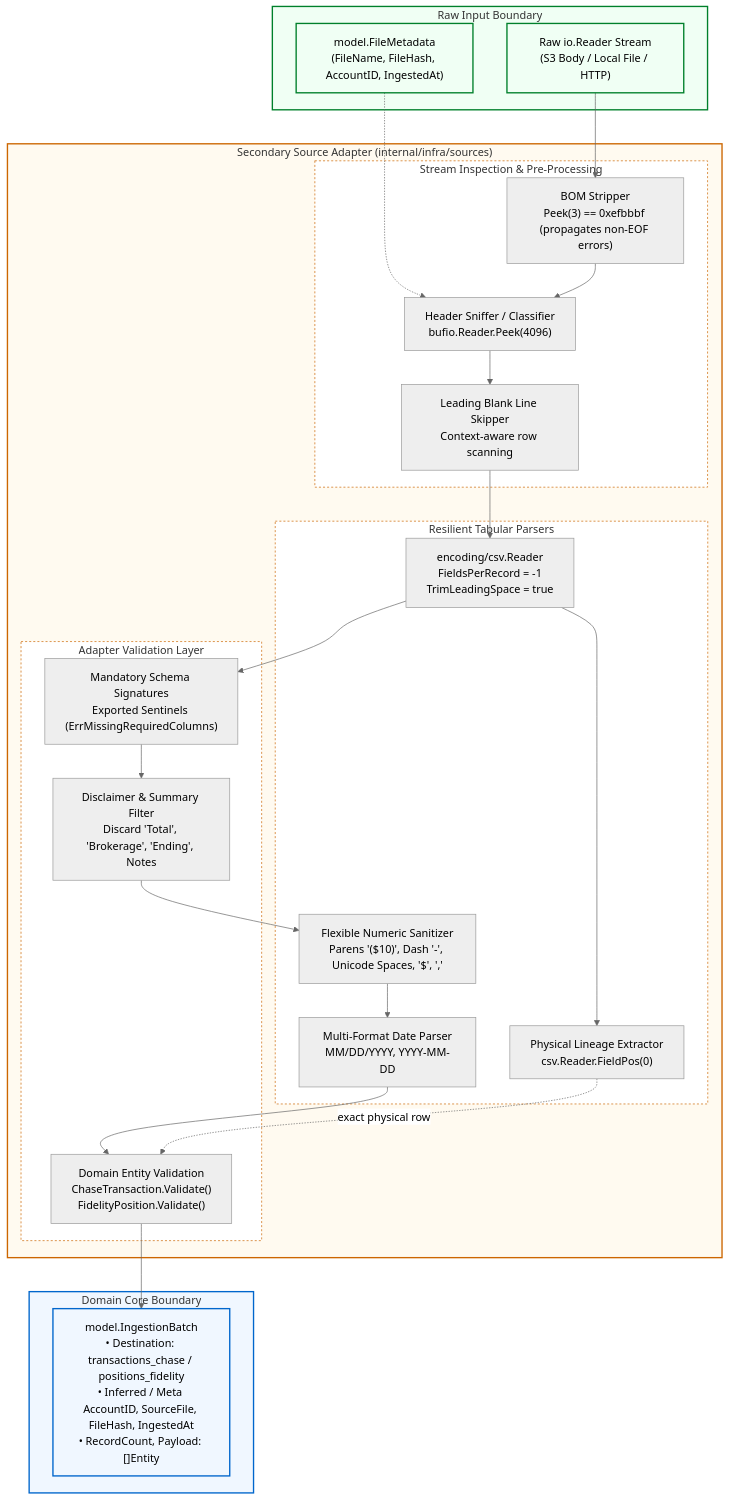
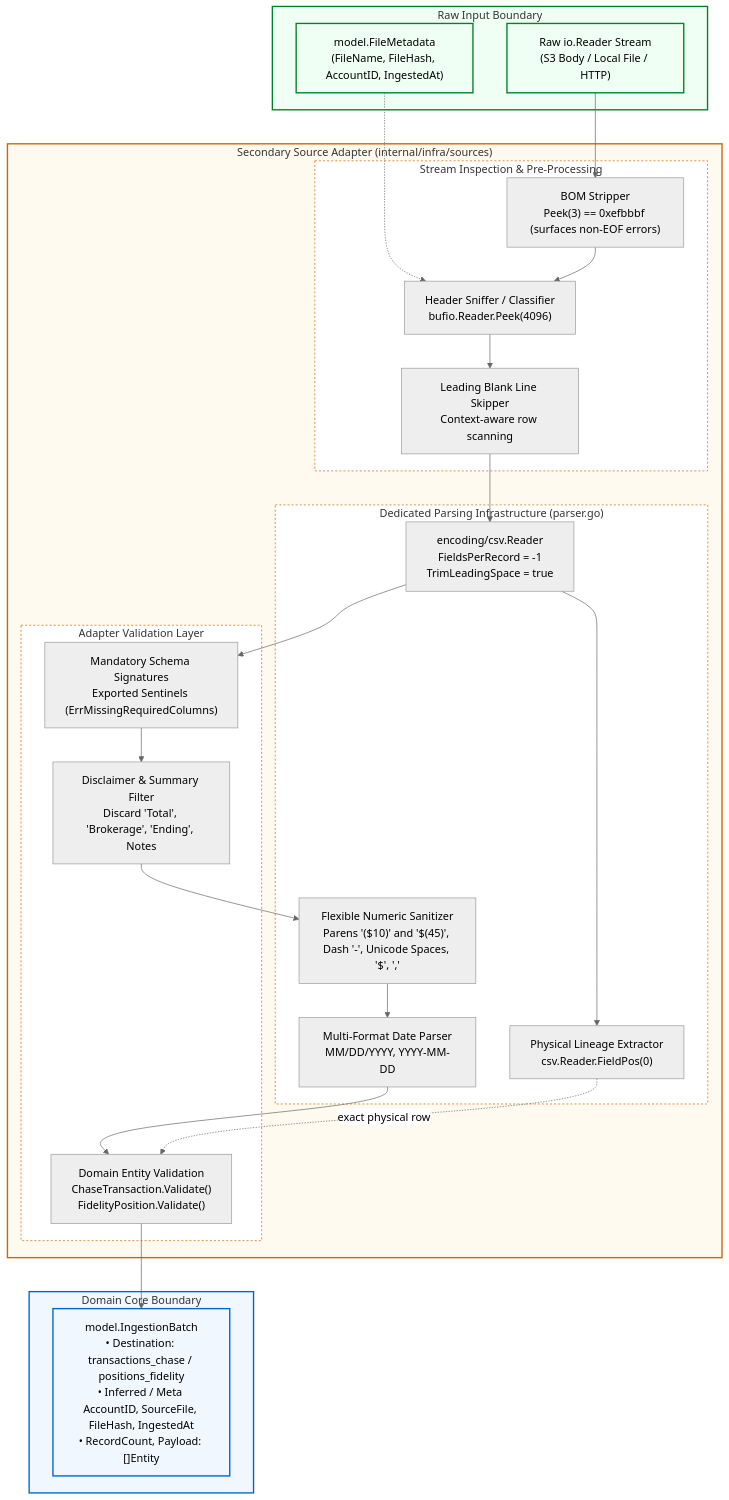
Before and after one commit to ajponte/babylon_data_loader: the first of 3 diagrams in docs/specs/hexagonal-ingestion-adapters.md, drawn with Mermaid (neutral theme). The commit also changed other lines of this file, not shown here.

````diff
--- a/docs/specs/hexagonal-ingestion-adapters.md
+++ b/docs/specs/hexagonal-ingestion-adapters.md
@@ -59,60 +61,60 @@
 ```mermaid
 flowchart TD
     %% Input Sources
     subgraph StreamInput ["Raw Input Boundary"]
         R_STREAM["Raw io.Reader Stream<br/>(S3 Body / Local File / HTTP)"]
         F_META["model.FileMetadata<br/>(FileName, FileHash, AccountID, IngestedAt)"]
     end
 
     %% Ingestion Adapter Boundary
     subgraph AdapterBoundary ["Secondary Source Adapter (internal/infra/sources)"]
         subgraph Classification ["Stream Inspection & Pre-Processing"]
-            BOM["BOM Stripper<br/>Peek(3) == 0xefbbbf (propagates non-EOF errors)"]
+            BOM["BOM Stripper<br/>Peek(3) == 0xefbbbf (surfaces non-EOF errors)"]
             PEEK["Header Sniffer / Classifier<br/>bufio.Reader.Peek(4096)"]
             SCAN["Leading Blank Line Skipper<br/>Context-aware row scanning"]
         end
 
-        subgraph Parsers ["Resilient Tabular Parsers"]
+        subgraph Parsers ["Dedicated Parsing Infrastructure (parser.go)"]
             CSV_R["encoding/csv.Reader<br/>FieldsPerRecord = -1<br/>TrimLeadingSpace = true"]
             POS["Physical Lineage Extractor<br/>csv.Reader.FieldPos(0)"]
-            NUM["Flexible Numeric Sanitizer<br/>Parens '($10)', Dash '-', Unicode Spaces, '$', ','"]
+            NUM["Flexible Numeric Sanitizer<br/>Parens '($10)' and '$(45)', Dash '-', Unicode Spaces, '$', ','"]
             DATE["Multi-Format Date Parser<br/>MM/DD/YYYY, YYYY-MM-DD"]
         end
 
         subgraph Validation ["Adapter Validation Layer"]
             SIG["Mandatory Schema Signatures<br/>Exported Sentinels (ErrMissingRequiredColumns)"]
             DISC["Disclaimer & Summary Filter<br/>Discard 'Total', 'Brokerage', 'Ending', Notes"]
             ENT_VAL["Domain Entity Validation<br/>ChaseTransaction.Validate()<br/>FidelityPosition.Validate()"]
         end
     end
 
     %% Domain Output Boundary
     subgraph OutputBoundary ["Domain Core Boundary"]
         BATCH["model.IngestionBatch<br/>• Destination: transactions_chase / positions_fidelity<br/>• Inferred / Meta AccountID, SourceFile, FileHash, IngestedAt<br/>• RecordCount, Payload: []Entity"]
     end
 
     %% Flow connections
     R_STREAM --> BOM
     F_META -.-> PEEK
     BOM --> PEEK
     PEEK --> SCAN
     SCAN --> CSV_R
     CSV_R --> POS
     CSV_R --> SIG
     SIG --> DISC
     DISC --> NUM
     NUM --> DATE
     DATE --> ENT_VAL
     POS -.->|"exact physical row"| ENT_VAL
     ENT_VAL --> BATCH
 
     classDef input fill:#f0fff4,stroke:#00802b,stroke-width:2px;
     classDef adapter fill:#fffaf0,stroke:#cc6600,stroke-width:2px;
     classDef domain fill:#f0f7ff,stroke:#0066cc,stroke-width:2px;
     classDef sub fill:#ffffff,stroke:#cc6600,stroke-width:1px,stroke-dasharray: 3 3;
 
     class StreamInput,R_STREAM,F_META input;
     class AdapterBoundary adapter;
     class Classification,Parsers,Validation sub;
     class OutputBoundary,BATCH domain;
 ```
````
